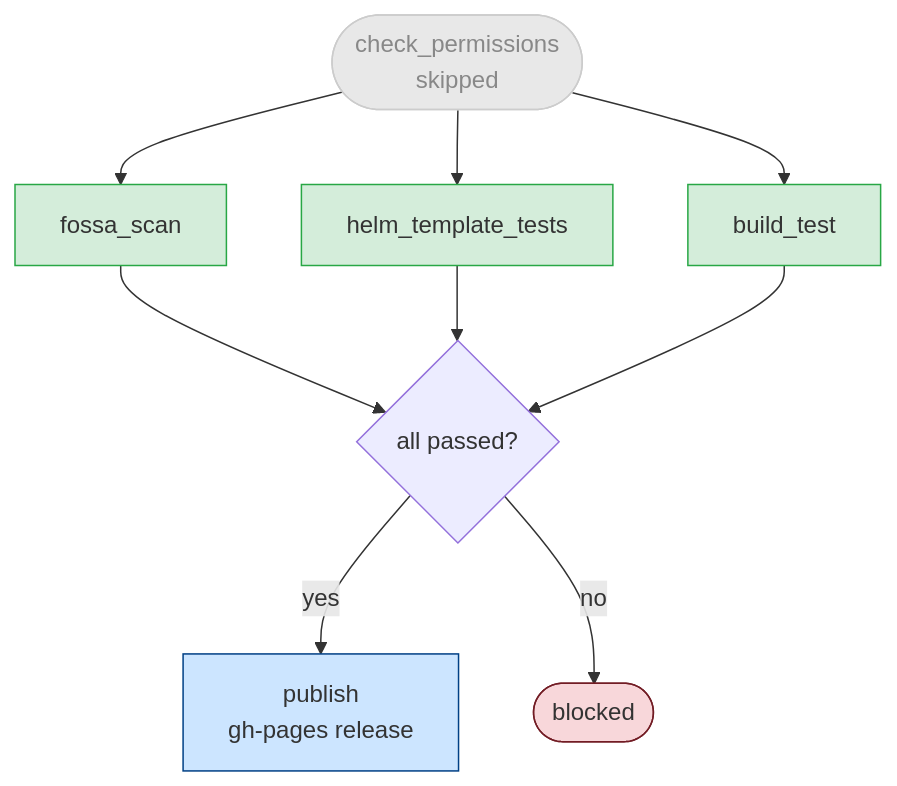
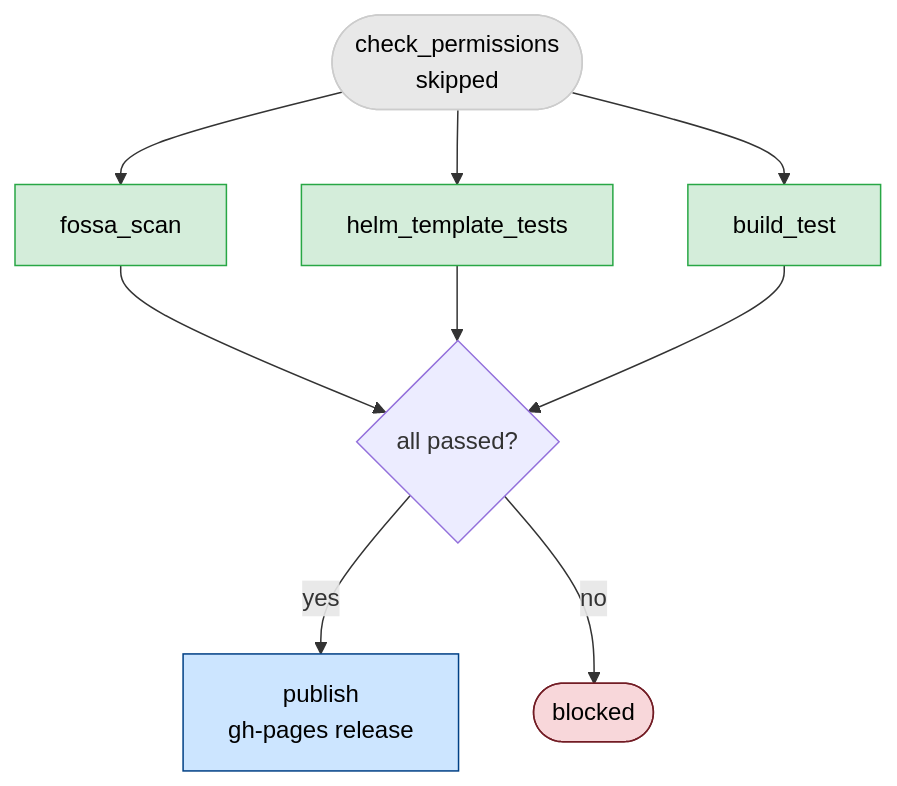
Before and after one commit to SolaceProducts/pubsubplus-kubernetes-helm-quickstart: the second of 2 diagrams in RELEASE_PROCESS.md, drawn with Mermaid. The commit also changed other lines of this file, not shown here.

Commit message:
Use Mermaid diagrams with black text in RELEASE_PROCESS.md

````diff
--- a/RELEASE_PROCESS.md
+++ b/RELEASE_PROCESS.md
@@ -64,18 +64,18 @@
 ```mermaid
 flowchart TD
     A([check_permissions\nskipped]) --> B[fossa_scan]
     A --> C[helm_template_tests]
     A --> D[build_test]
     B --> E{all passed?}
     C --> E
     D --> E
     E -->|yes| F[publish\ngh-pages release]
     E -->|no| G([blocked])
 
-    style A fill:#e8e8e8,color:#888,stroke:#ccc
-    style B fill:#d4edda,stroke:#28a745
-    style C fill:#d4edda,stroke:#28a745
-    style D fill:#d4edda,stroke:#28a745
-    style F fill:#cce5ff,stroke:#004085
-    style G fill:#f8d7da,stroke:#721c24
+    style A fill:#e8e8e8,color:#000,stroke:#ccc
+    style B fill:#d4edda,color:#000,stroke:#28a745
+    style C fill:#d4edda,color:#000,stroke:#28a745
+    style D fill:#d4edda,color:#000,stroke:#28a745
+    style F fill:#cce5ff,color:#000,stroke:#004085
+    style G fill:#f8d7da,color:#000,stroke:#721c24
 ```
````
